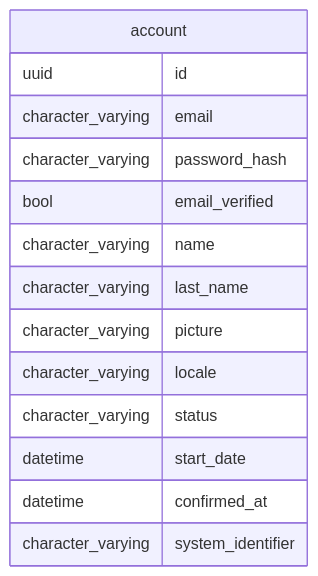
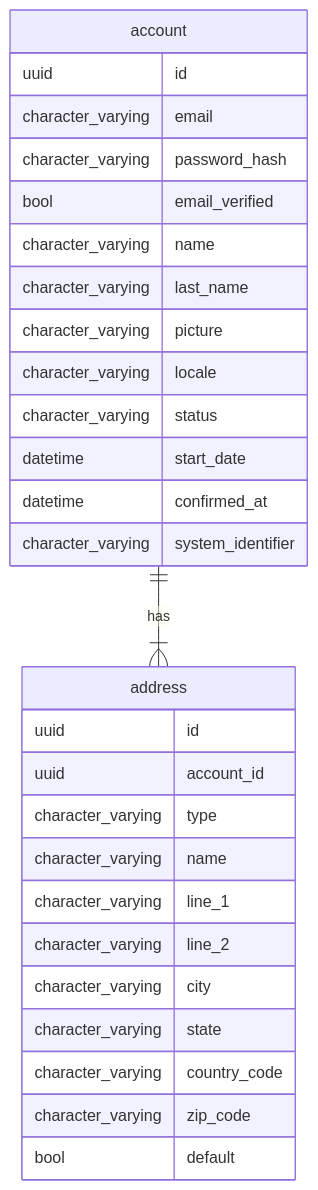
Before and after one commit to Taskero/accounts_management: the diagram in README.md, drawn with Mermaid. The commit also changed 10 other files, not shown here.

````diff
--- a/README.md
+++ b/README.md
@@ -7,18 +7,35 @@
 ```mermaid
 erDiagram
 
     account {
         uuid id
         character_varying email
         character_varying password_hash
         bool email_verified
         character_varying name
         character_varying last_name
         character_varying picture
         character_varying locale
         character_varying status
         datetime start_date
         datetime confirmed_at
         character_varying system_identifier
     }
+
+    address {
+        uuid id
+        uuid account_id
+        character_varying type
+        character_varying name
+        character_varying line_1
+        character_varying line_2
+        character_varying city
+        character_varying state
+        character_varying country_code
+        character_varying zip_code
+        bool default
+    }
+
+    account ||--|{ address : has
+
 ```
````
